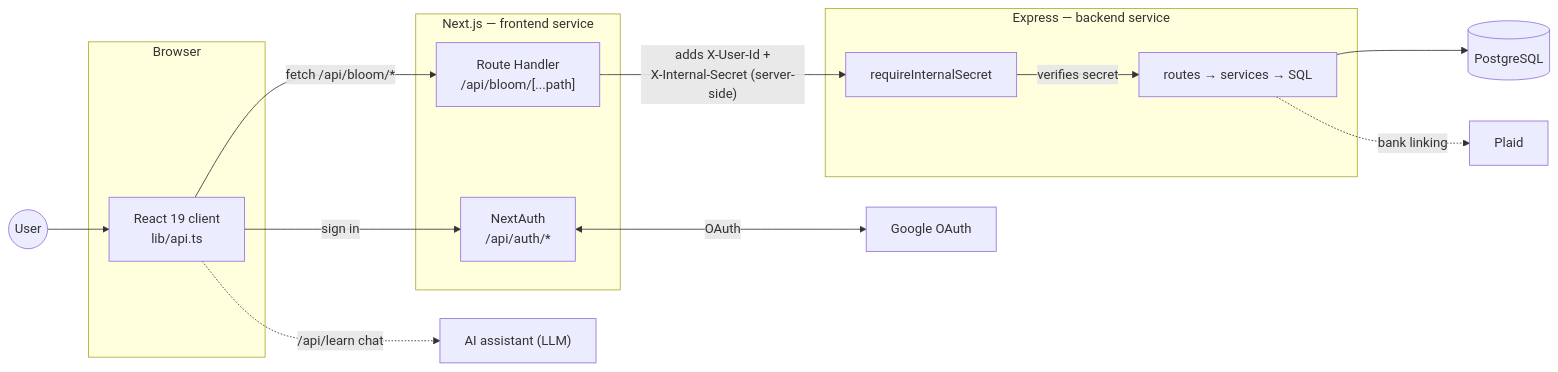
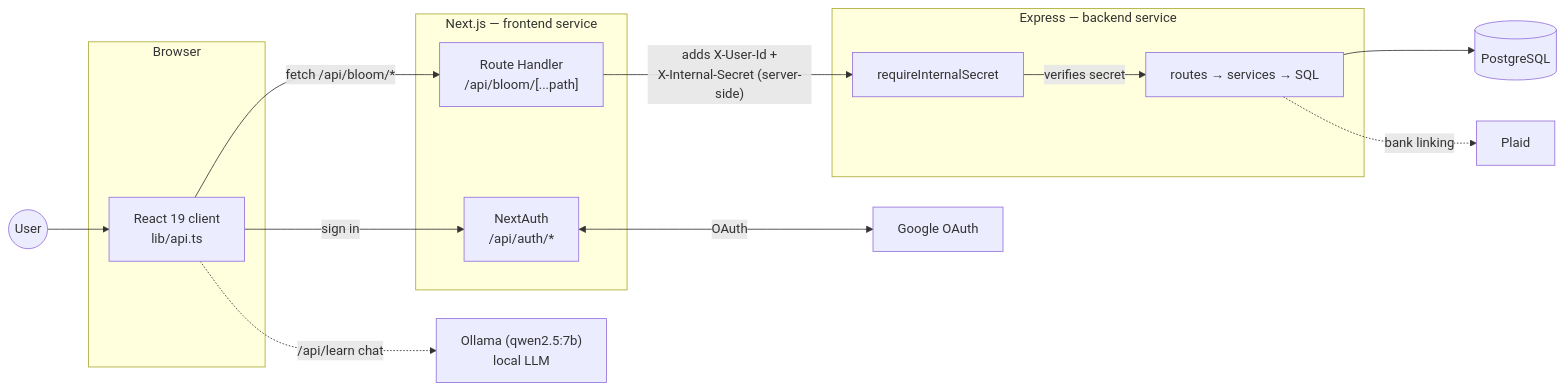
The diagram in README.md (mintthiha/bloom), drawn with Mermaid before and after one commit. The commit also changed other lines of this file and 6 other files, not shown here.

````diff
--- a/README.md
+++ b/README.md
@@ -51,33 +57,33 @@
 ```mermaid
 flowchart LR
     User(("User"))
 
     subgraph browser["Browser"]
         UI["React 19 client<br/>lib/api.ts"]
     end
 
     subgraph frontend["Next.js — frontend service"]
         NA["NextAuth<br/>/api/auth/*"]
         PROXY["Route Handler<br/>/api/bloom/[...path]"]
     end
 
     subgraph backend["Express — backend service"]
         SEC["requireInternalSecret"]
         API["routes → services → SQL"]
     end
 
     DB[("PostgreSQL")]
     GOOG["Google OAuth"]
     PLAID["Plaid"]
-    AI["AI assistant (LLM)"]
+    AI["Ollama (qwen2.5:7b)<br/>local LLM"]
 
     User --> UI
     UI -->|"fetch /api/bloom/*"| PROXY
     UI -->|"sign in"| NA
     NA <-->|"OAuth"| GOOG
     PROXY -->|"adds X-User-Id +<br/>X-Internal-Secret (server-side)"| SEC
     SEC -->|"verifies secret"| API
     API --> DB
     API -.->|"bank linking"| PLAID
     UI -.->|"/api/learn chat"| AI
 ```
````
